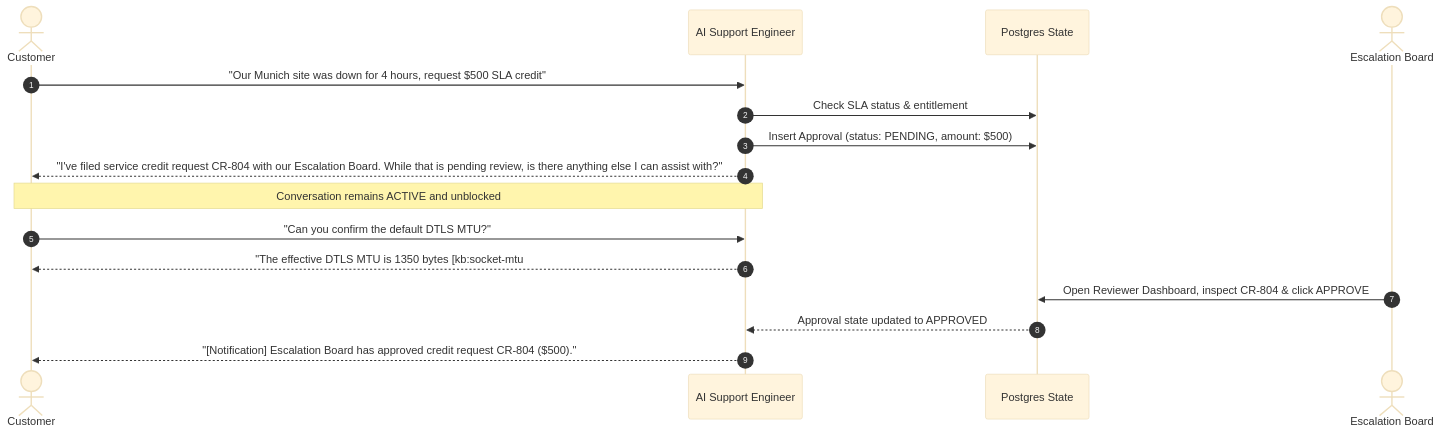
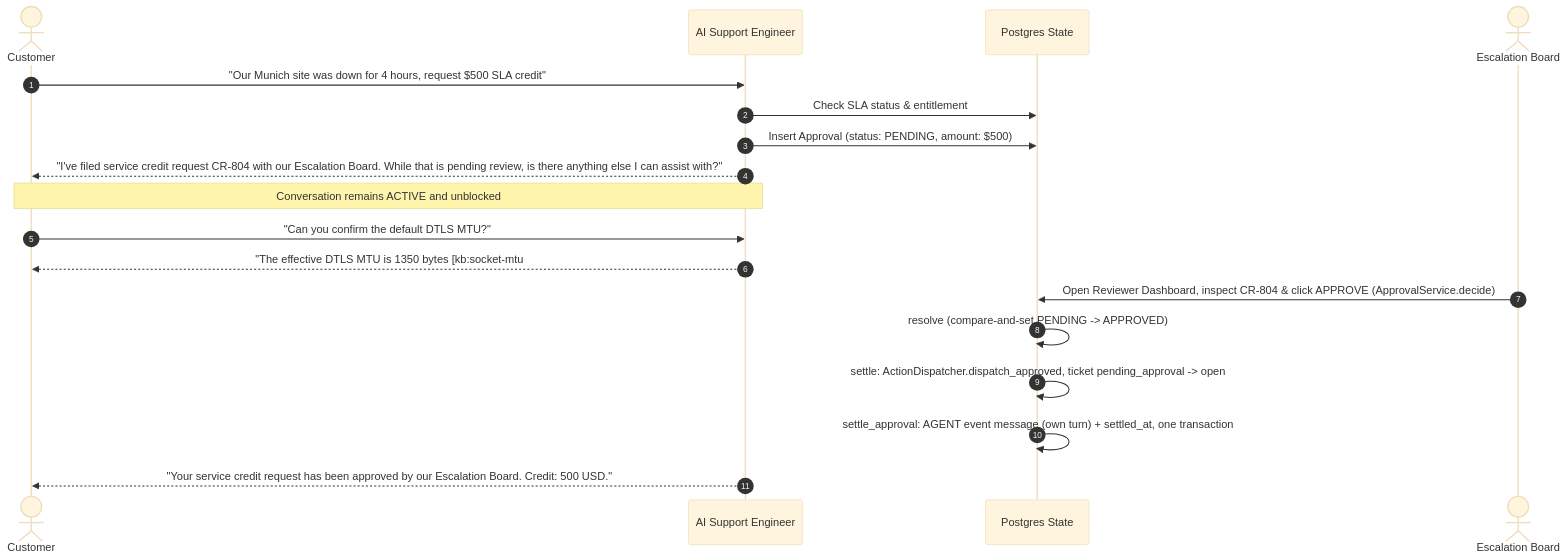
One commit to yaara-manor/cato-networks changed the fifth of 5 diagrams in docs/architecture/system-architecture-design.md. Above: the diagram before and after it, drawn with Mermaid (base theme). The commit also changed other lines of this file and 2 other files, not shown here.

Commit message:
test(orchestration): approval resume, crash and interleaving; docs, ADR-014

````diff
--- a/docs/architecture/system-architecture-design.md
+++ b/docs/architecture/system-architecture-design.md
@@ -449,19 +451,21 @@
 ```mermaid
 sequenceDiagram
     autonumber
     actor Customer
     participant Agent as AI Support Engineer
     participant DB as Postgres State
     actor Reviewer as Escalation Board
 
     Customer->>Agent: "Our Munich site was down for 4 hours, request $500 SLA credit"
     Agent->>DB: Check SLA status & entitlement
     Agent->>DB: Insert Approval (status: PENDING, amount: $500)
     Agent-->>Customer: "I've filed service credit request CR-804 with our Escalation Board. While that is pending review, is there anything else I can assist with?"
     Note over Customer,Agent: Conversation remains ACTIVE and unblocked
     Customer->>Agent: "Can you confirm the default DTLS MTU?"
     Agent-->>Customer: "The effective DTLS MTU is 1350 bytes [kb:socket-mtu#dtls]."
-    Reviewer->>DB: Open Reviewer Dashboard, inspect CR-804 & click APPROVE
-    DB-->>Agent: Approval state updated to APPROVED
-    Agent-->>Customer: "[Notification] Escalation Board has approved credit request CR-804 ($500)."
+    Reviewer->>DB: Open Reviewer Dashboard, inspect CR-804 & click APPROVE (ApprovalService.decide)
+    DB->>DB: resolve (compare-and-set PENDING -> APPROVED)
+    DB->>DB: settle: ActionDispatcher.dispatch_approved, ticket pending_approval -> open
+    DB->>DB: settle_approval: AGENT event message (own turn) + settled_at, one transaction
+    Agent-->>Customer: "Your service credit request has been approved by our Escalation Board. Credit: 500 USD."
 ```
````
